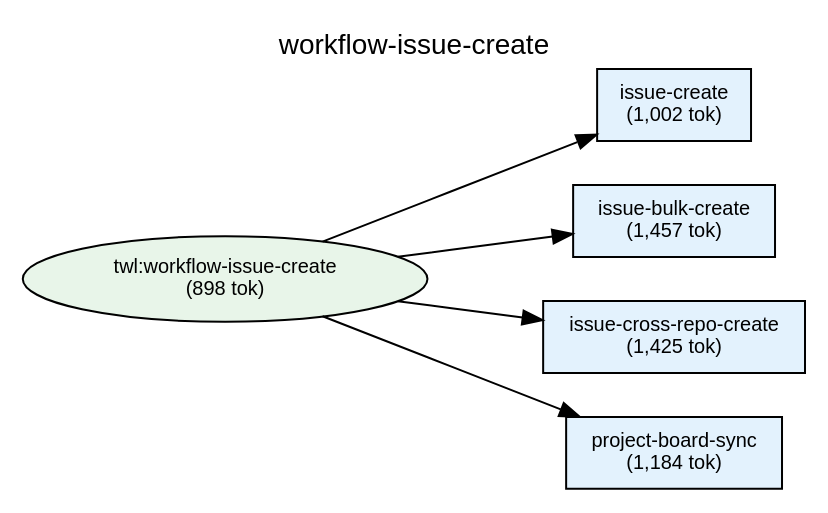
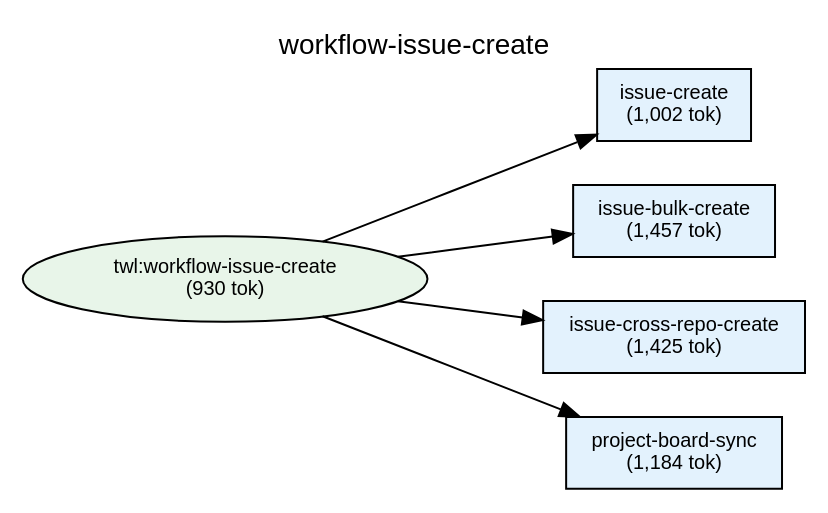
The diagram in plugins/twl/docs/deps-workflow-issue-create.dot (shuu5/twill), drawn with Graphviz before and after one commit. The commit also changed 41 other files, not shown here.

```diff
--- a/plugins/twl/docs/deps-workflow-issue-create.dot
+++ b/plugins/twl/docs/deps-workflow-issue-create.dot
@@ -1,51 +1,51 @@
 digraph Dependencies {
     // Graph settings
     rankdir=LR;
     ranksep=0.8;
     nodesep=0.3;
     fontname="Helvetica";
     node [fontname="Helvetica", fontsize=10];
     edge [fontname="Helvetica", fontsize=9];
     label="workflow-issue-create";
     labelloc=t;
     fontsize=14;
 
     // L0: Controller Skills
 
     // L0: Launchers
 
     // L0.5: Workflow Skills
-    skill_workflow_issue_create [label="twl:workflow-issue-create\n(898 tok)", shape=ellipse, style=filled, fillcolor="#e8f5e9"];
+    skill_workflow_issue_create [label="twl:workflow-issue-create\n(930 tok)", shape=ellipse, style=filled, fillcolor="#e8f5e9"];
 
     // Reference Skills
 
     // L1: Direct Commands
     cmd_issue_create [label="issue-create\n(1,002 tok)", shape=box, style=filled, fillcolor="#e3f2fd"];
     cmd_issue_bulk_create [label="issue-bulk-create\n(1,457 tok)", shape=box, style=filled, fillcolor="#e3f2fd"];
     cmd_issue_cross_repo_create [label="issue-cross-repo-create\n(1,425 tok)", shape=box, style=filled, fillcolor="#e3f2fd"];
     cmd_project_board_sync [label="project-board-sync\n(1,184 tok)", shape=box, style=filled, fillcolor="#e3f2fd"];
 
     // L2: Sub Commands
 
     // L3: Agents
 
     // L3.5: Scripts
 
     // L4: External
 
     // Layer constraints
     { rank=same; skill_workflow_issue_create; }
     { rank=same; cmd_issue_create; cmd_issue_bulk_create; cmd_issue_cross_repo_create; cmd_project_board_sync; }
 
     // Edges
     skill_workflow_issue_create -> cmd_issue_create;
     skill_workflow_issue_create -> cmd_issue_bulk_create;
     skill_workflow_issue_create -> cmd_issue_cross_repo_create;
     skill_workflow_issue_create -> cmd_project_board_sync;
 
     // Ordering constraints (invisible edges)
     cmd_issue_create -> cmd_issue_bulk_create [style=invis, weight=10];
     cmd_issue_bulk_create -> cmd_issue_cross_repo_create [style=invis, weight=10];
     cmd_issue_cross_repo_create -> cmd_project_board_sync [style=invis, weight=10];
 
 }
```
